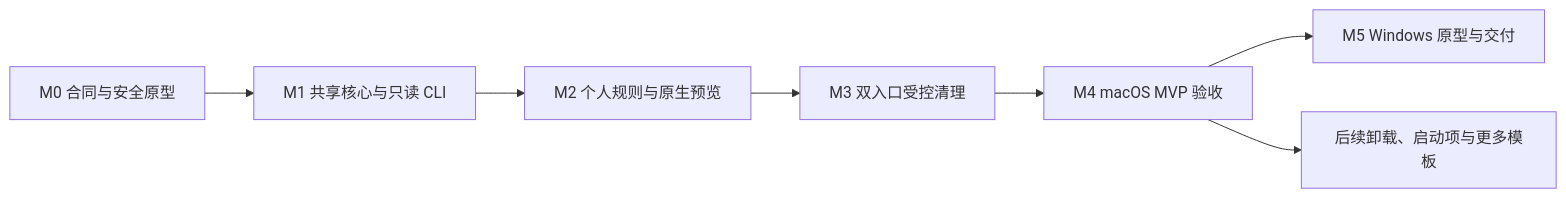
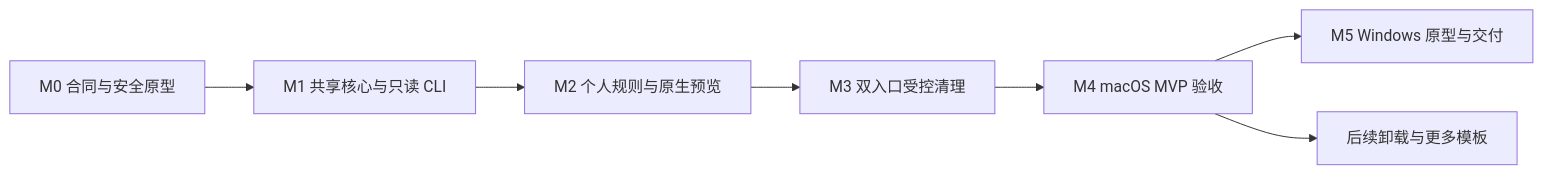
The diagram in docs/zh-CN/engineering/implementation-plan.md (limecloud/shou), drawn with Mermaid before and after one commit. The commit also changed other lines of this file and 93 other files, not shown here.

````diff
--- a/docs/zh-CN/engineering/implementation-plan.md
+++ b/docs/zh-CN/engineering/implementation-plan.md
@@ -35,9 +35,9 @@
 ```mermaid
 flowchart LR
     M0[M0 合同与安全原型] --> M1[M1 共享核心与只读 CLI]
     M1 --> M2[M2 个人规则与原生预览]
     M2 --> M3[M3 双入口受控清理]
     M3 --> M4[M4 macOS MVP 验收]
     M4 --> M5[M5 Windows 原型与交付]
-    M4 --> Later[后续卸载、启动项与更多模板]
+    M4 --> Later[后续卸载与更多模板]
 ```
````
